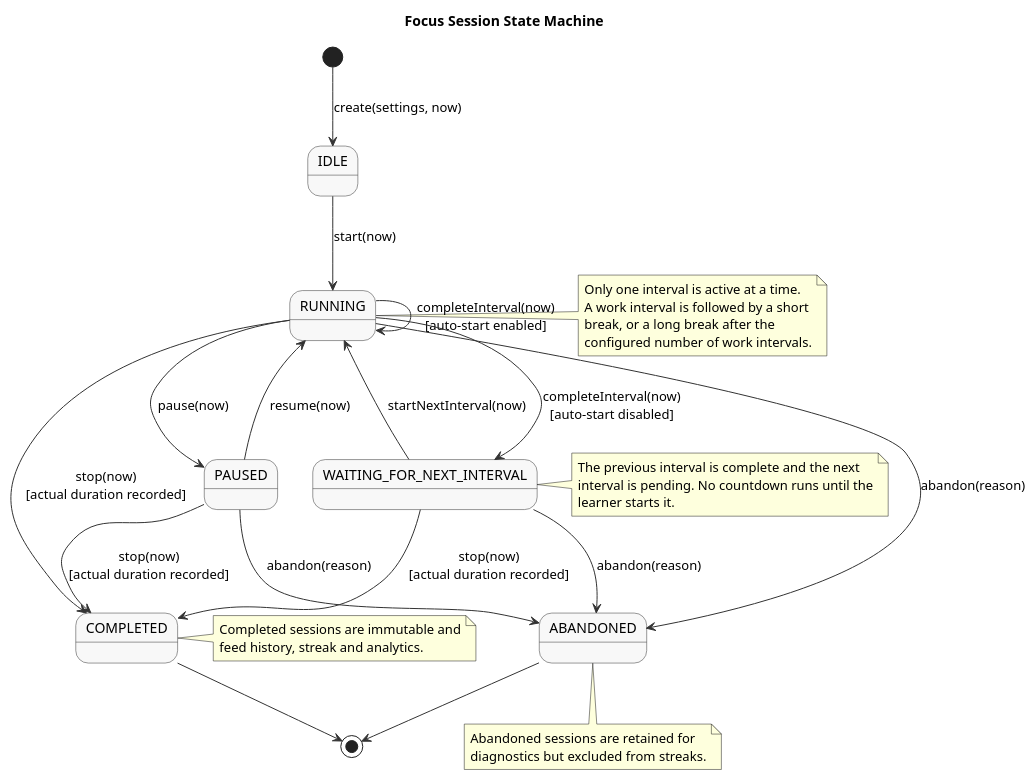
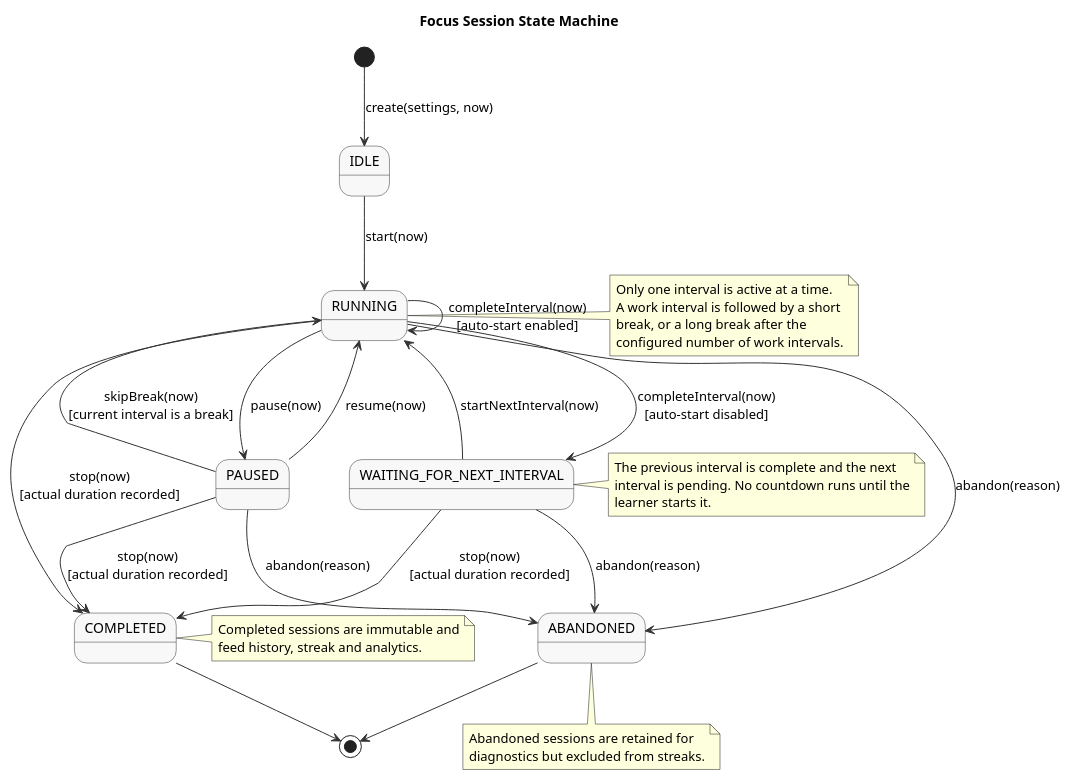
The diagram in docs/StateMachines/FocusSessionState.puml (MiguelRibeiro1210/Focus-and-Study-Tracking), drawn with PlantUML before and after one commit. The commit also changed 10 other files, not shown here.

```diff
--- a/docs/StateMachines/FocusSessionState.puml
+++ b/docs/StateMachines/FocusSessionState.puml
@@ -1,56 +1,57 @@
 @startuml
 title Focus Session State Machine
 
 skinparam state {
   BackgroundColor #F8F8F8
   BorderColor #333333
   ArrowColor #333333
 }
 
 state "IDLE" as IDLE
 state "RUNNING" as RUNNING
 state "PAUSED" as PAUSED
 state "WAITING_FOR_NEXT_INTERVAL" as WAITING
 state "COMPLETED" as COMPLETED
 state "ABANDONED" as ABANDONED
 
 [*] --> IDLE : create(settings, now)
 IDLE --> RUNNING : start(now)
 RUNNING --> PAUSED : pause(now)
 PAUSED --> RUNNING : resume(now)
+PAUSED --> RUNNING : skipBreak(now)\n[current interval is a break]
 RUNNING --> RUNNING : completeInterval(now)\n[auto-start enabled]
 RUNNING --> WAITING : completeInterval(now)\n[auto-start disabled]
 WAITING --> RUNNING : startNextInterval(now)
 RUNNING --> COMPLETED : stop(now)\n[actual duration recorded]
 PAUSED --> COMPLETED : stop(now)\n[actual duration recorded]
 RUNNING --> ABANDONED : abandon(reason)
 PAUSED --> ABANDONED : abandon(reason)
 WAITING --> COMPLETED : stop(now)\n[actual duration recorded]
 WAITING --> ABANDONED : abandon(reason)
 COMPLETED --> [*]
 ABANDONED --> [*]
 
 note right of RUNNING
   Only one interval is active at a time.
   A work interval is followed by a short
   break, or a long break after the
   configured number of work intervals.
 end note
 
 note right of WAITING
   The previous interval is complete and the next
   interval is pending. No countdown runs until the
   learner starts it.
 end note
 
 note right of COMPLETED
   Completed sessions are immutable and
   feed history, streak and analytics.
 end note
 
 note bottom of ABANDONED
   Abandoned sessions are retained for
   diagnostics but excluded from streaks.
 end note
 
 @enduml
```
